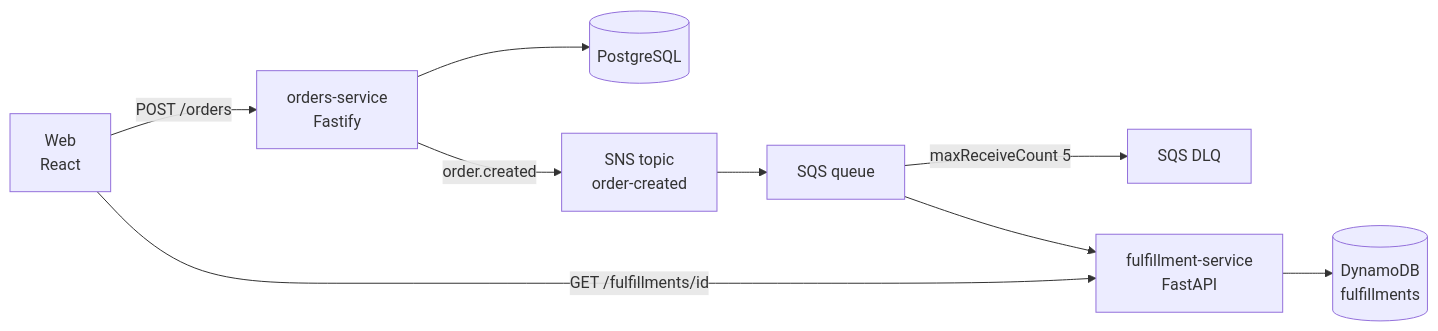
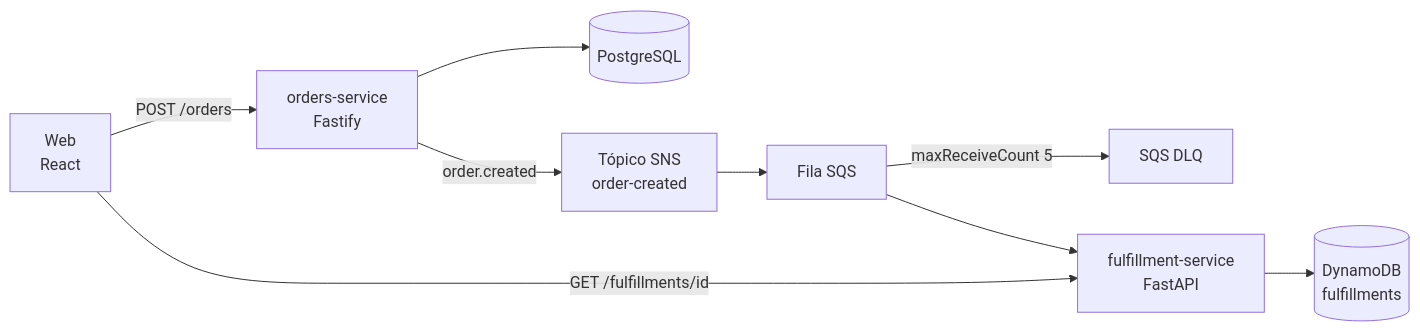
Before and after one commit to LuisFelipeMod/delivery-events-platform: the diagram in README.md, drawn with Mermaid. The commit also changed other lines of this file and 1 other file, not shown here.

````diff
--- a/README.md
+++ b/README.md
@@ -11,20 +11,20 @@
 ```mermaid
 flowchart LR
   web["Web<br/>React"]
   orders["orders-service<br/>Fastify"]
   pg[("PostgreSQL")]
-  topic["SNS topic<br/>order-created"]
-  queue["SQS queue"]
+  topic["Tópico SNS<br/>order-created"]
+  queue["Fila SQS"]
   dlq["SQS DLQ"]
   fulfill["fulfillment-service<br/>FastAPI"]
   ddb[("DynamoDB<br/>fulfillments")]
 
   web -->|POST /orders| orders
   web -->|GET /fulfillments/id| fulfill
   orders --> pg
   orders -->|order.created| topic
   topic --> queue
   queue -->|maxReceiveCount 5| dlq
   queue --> fulfill
   fulfill --> ddb
 ```
````
